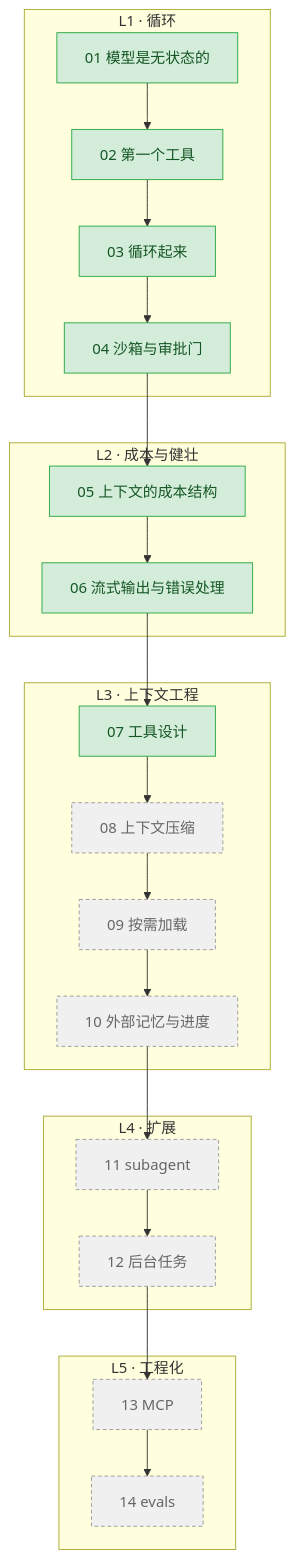
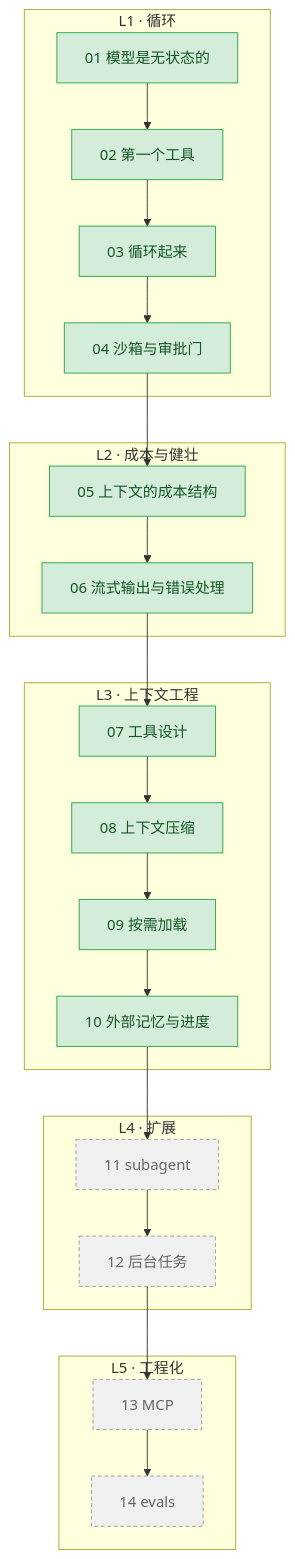
The diagram in README.md (hongaah/Learn-agent), drawn with Mermaid before and after one commit. The commit also changed other lines of this file and 1 other file, not shown here.

Commit message:
docs: 10 课实录改用完整仓库状态复跑，路线图更新至第 10 课

````diff
--- a/README.md
+++ b/README.md
@@ -49,32 +49,32 @@
 ```mermaid
 flowchart TD
     subgraph L1["L1 · 循环"]
         C01["01 模型是无状态的"] --> C02["02 第一个工具"] --> C03["03 循环起来"] --> C04["04 沙箱与审批门"]
     end
 
     subgraph L2["L2 · 成本与健壮"]
         C05["05 上下文的成本结构"] --> C06["06 流式输出与错误处理"]
     end
 
     subgraph L3["L3 · 上下文工程"]
         C07["07 工具设计"] --> C08["08 上下文压缩"] --> C09["09 按需加载"] --> C10["10 外部记忆与进度"]
     end
 
     subgraph L4["L4 · 扩展"]
         C11["11 subagent"] --> C12["12 后台任务"]
     end
 
     subgraph L5["L5 · 工程化"]
         C13["13 MCP"] --> C14["14 evals"]
     end
 
     C04 --> C05
     C06 --> C07
     C10 --> C11
     C12 --> C13
 
     classDef done fill:#d4edda,stroke:#28a745,color:#155724;
     classDef planned fill:#f0f0f0,stroke:#999,color:#666,stroke-dasharray: 4 3;
-    class C01,C02,C03,C04,C05,C06,C07 done;
-    class C08,C09,C10,C11,C12,C13,C14 planned;
+    class C01,C02,C03,C04,C05,C06,C07,C08,C09,C10 done;
+    class C11,C12,C13,C14 planned;
 ```
````
